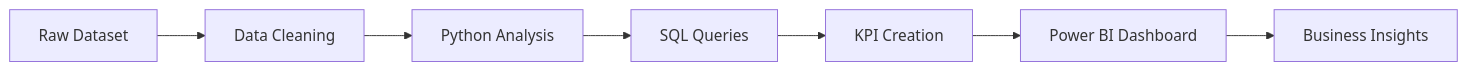
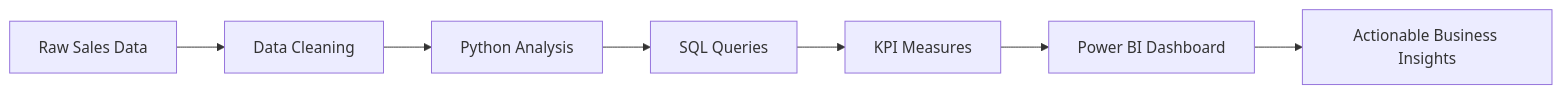
The diagram in README.md (PriyankaT03/ecommerce-sales-analysis), drawn with Mermaid before and after one commit. The commit also changed other lines of this file, not shown here.

Commit message:
Redesign README with modern dashboard-style layout

````diff
--- a/README.md
+++ b/README.md
@@ -70,11 +66,9 @@
 ```mermaid
 flowchart LR
-
-A[Raw Dataset]
--->B[Data Cleaning]
--->C[Python Analysis]
--->D[SQL Queries]
--->E[KPI Creation]
--->F[Power BI Dashboard]
--->G[Business Insights]
+A[Raw Sales Data] --> B[Data Cleaning]
+B --> C[Python Analysis]
+C --> D[SQL Queries]
+D --> E[KPI Measures]
+E --> F[Power BI Dashboard]
+F --> G[Actionable Business Insights]
 ```
````
